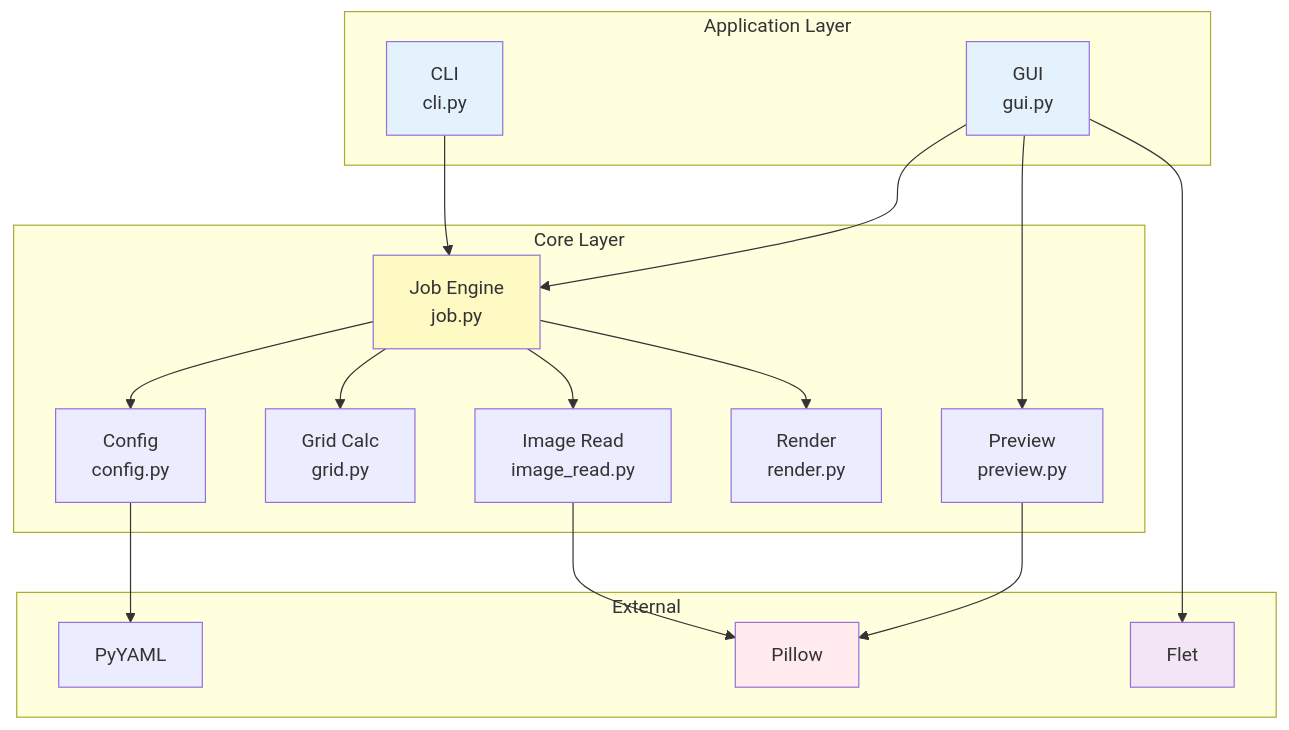
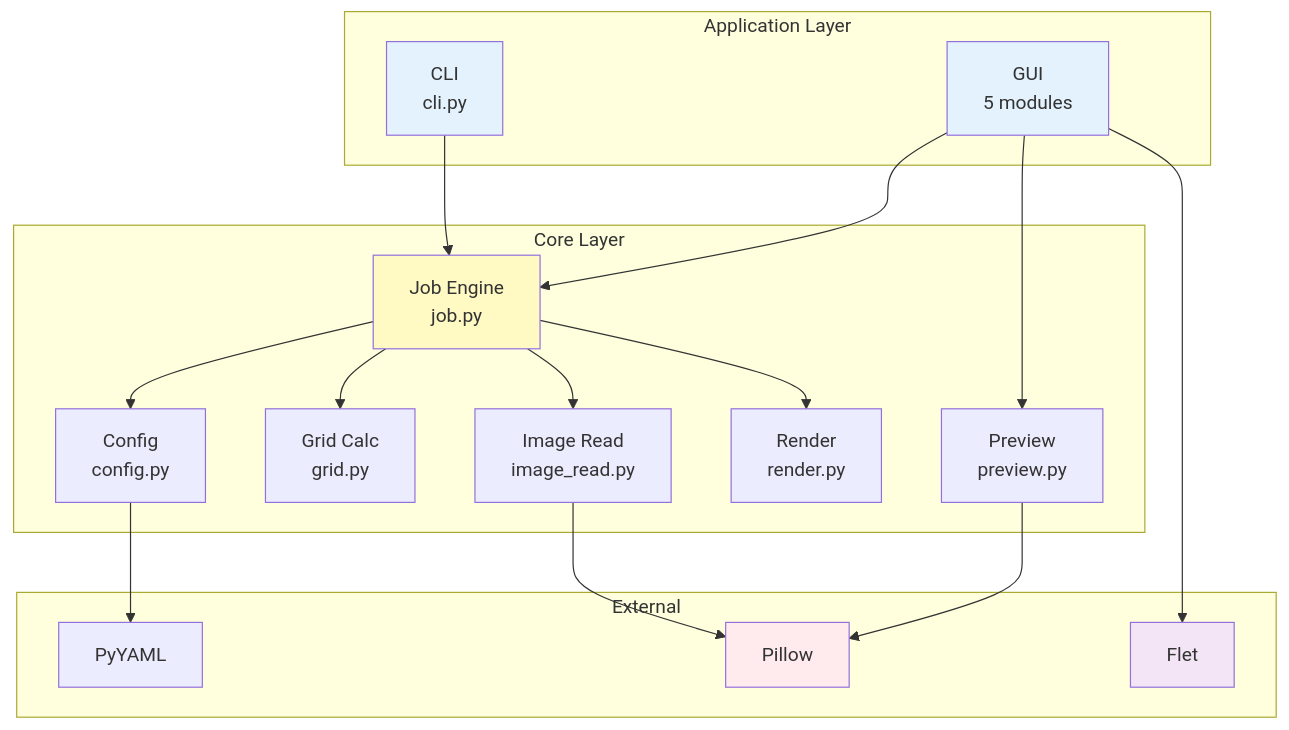
One commit to nanikasheila/csp-name-splitter changed the third of 3 diagrams in README.md. Above: the diagram before and after it, drawn with Mermaid. The commit also changed other lines of this file and 1 other file, not shown here.

First line of the commit message:
Add comprehensive architecture documentation

````diff
--- a/README.md
+++ b/README.md
@@ -448,40 +450,40 @@
 ```mermaid
 graph TB
     subgraph "Application Layer"
         CLI[CLI<br/>cli.py]
-        GUI[GUI<br/>gui.py]
+        GUI[GUI<br/>5 modules]
     end
     
     subgraph "Core Layer"
         JOB[Job Engine<br/>job.py]
         CONFIG[Config<br/>config.py]
         GRID[Grid Calc<br/>grid.py]
         READ[Image Read<br/>image_read.py]
         RENDER[Render<br/>render.py]
         PREVIEW[Preview<br/>preview.py]
     end
     
     subgraph "External"
         PILLOW[Pillow]
         YAML[PyYAML]
         FLET[Flet]
     end
     
     CLI --> JOB
     GUI --> JOB
     GUI --> PREVIEW
     JOB --> CONFIG
     JOB --> GRID
     JOB --> READ
     JOB --> RENDER
     READ --> PILLOW
     CONFIG --> YAML
     GUI --> FLET
     PREVIEW --> PILLOW
     
     style CLI fill:#e3f2fd
     style GUI fill:#e3f2fd
     style JOB fill:#fff9c4
     style PILLOW fill:#ffebee
     style FLET fill:#f3e5f5
 ```
````
